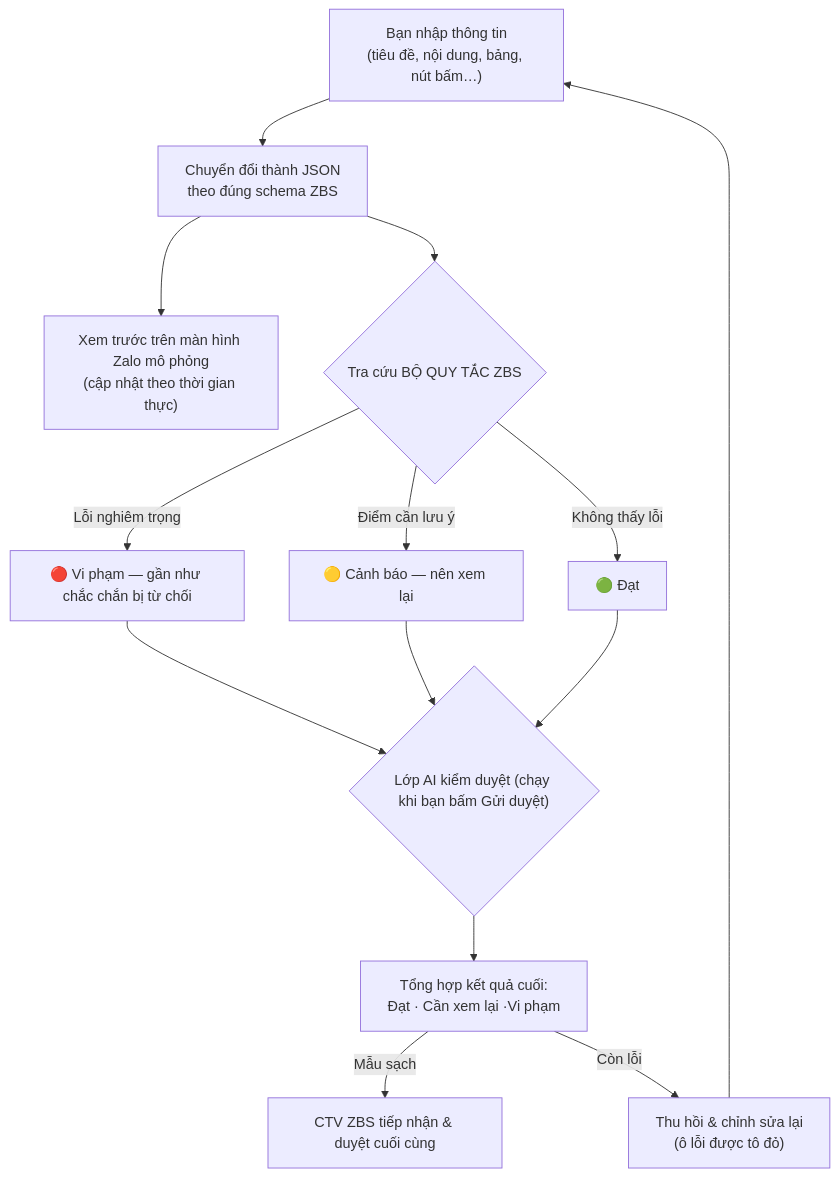
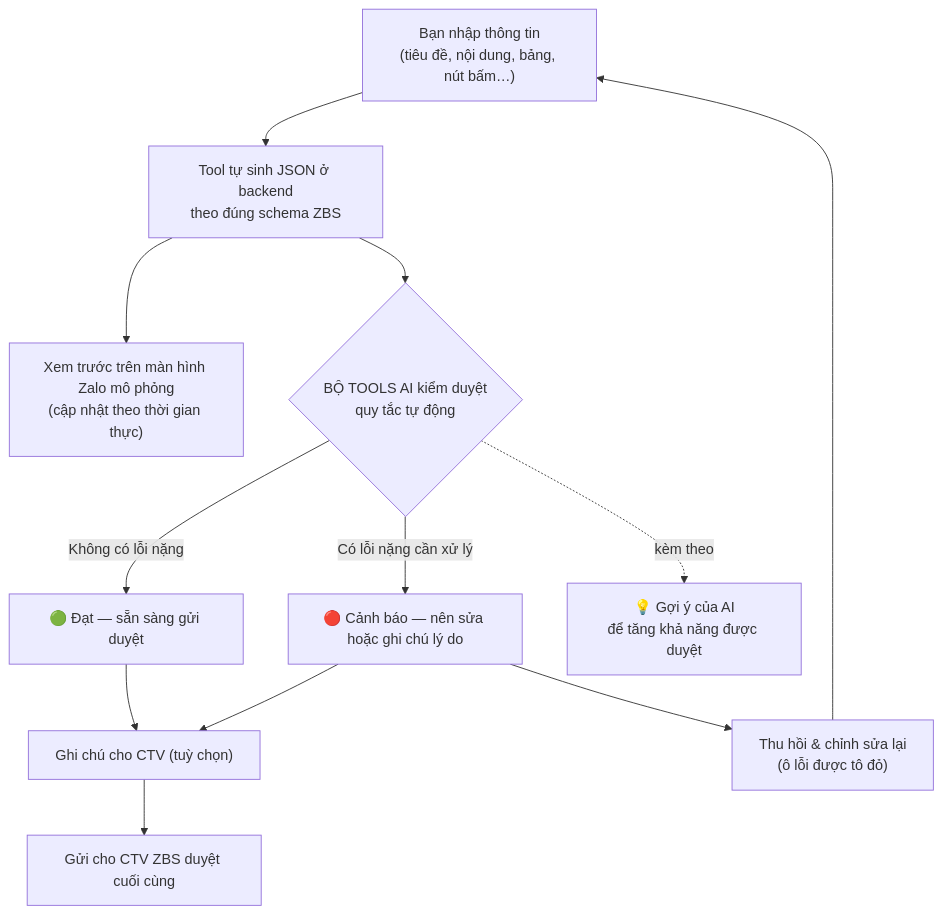
One commit to hwinhwork-dot/zbs-studio changed the first of 3 diagrams in README.md. Above: the diagram before and after it, drawn with Mermaid. The commit also changed other lines of this file, not shown here.

````diff
--- a/README.md
+++ b/README.md
@@ -56,17 +59,14 @@
 ```mermaid
 flowchart TD
-    A[" Bạn nhập thông tin<br/>(tiêu đề, nội dung, bảng, nút bấm…)"] --> B[" Chuyển đổi thành JSON<br/>theo đúng schema ZBS"]
+    A[" Bạn nhập thông tin<br/>(tiêu đề, nội dung, bảng, nút bấm…)"] --> B[" Tool tự sinh JSON ở backend<br/>theo đúng schema ZBS"]
     B --> C[" Xem trước trên màn hình Zalo mô phỏng<br/>(cập nhật theo thời gian thực)"]
-    B --> D{" Tra cứu BỘ QUY TẮC ZBS<br/>"}
-    D -->|"Lỗi nghiêm trọng"| E["🔴 Vi phạm — gần như chắc chắn bị từ chối"]
-    D -->|"Điểm cần lưu ý"| F["🟡 Cảnh báo — nên xem lại"]
-    D -->|"Không thấy lỗi"| G["🟢 Đạt"]
-    E --> H{" Lớp AI kiểm duyệt (chạy khi bạn bấm Gửi duyệt)"}
-    F --> H
-    G --> H
-    H --> I[" Tổng hợp kết quả cuối:<br/>Đạt · Cần xem lại ·Vi phạm"]
-    I -->|"Mẫu sạch"|J[" CTV ZBS tiếp nhận & duyệt cuối cùng"]
-    I -->|"Còn lỗi"| K[" Thu hồi & chỉnh sửa lại<br/>(ô lỗi được tô đỏ)"]
+    B --> D{" BỘ TOOLS AI kiểm duyệt<br/>quy tắc tự động"}
+    D -->|"Không có lỗi nặng"| G["🟢 Đạt — sẵn sàng gửi duyệt"]
+    D -->|"Có lỗi nặng cần xử lý"| W["🔴 Cảnh báo — nên sửa hoặc ghi chú lý do"]
+    D -.->|"kèm theo"| S["💡 Gợi ý của AI<br/>để tăng khả năng được duyệt"]
+    G --> N[" Ghi chú cho CTV (tuỳ chọn)"]
+    W --> N
+    N --> J[" Gửi cho CTV ZBS duyệt cuối cùng"]
+    W --> K[" Thu hồi & chỉnh sửa lại<br/>(ô lỗi được tô đỏ)"]
     K --> A
- 
 ```
````
